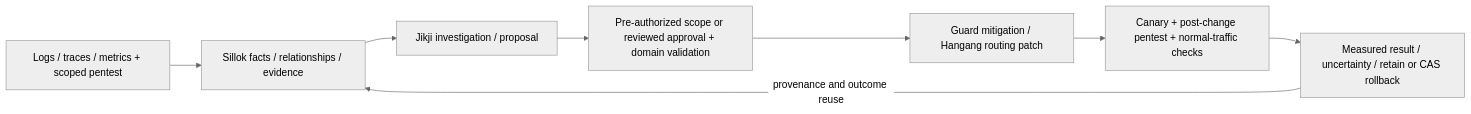
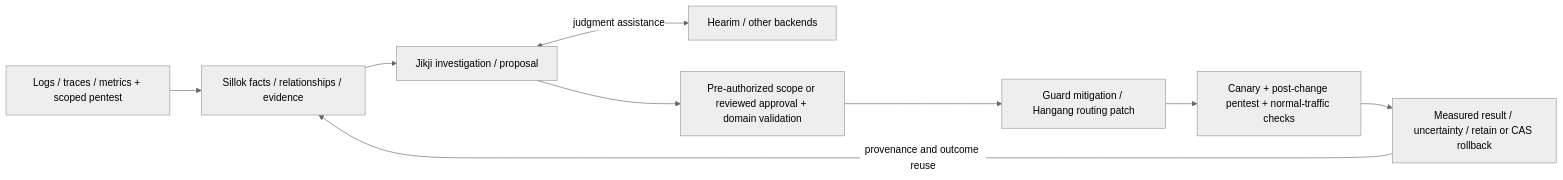
Before and after one commit to ziozzang/hangang-zerotrust: the second of 2 diagrams in README.md, drawn with Mermaid (neutral theme). The commit also changed other lines of this file and 9 other files, not shown here.

Commit message:
Add Hearim as a bounded judgment backend in zero trust diagrams

````diff
--- a/README.md
+++ b/README.md
@@ -62,10 +63,11 @@
 ```mermaid
 flowchart LR
   O[Logs / traces / metrics + scoped pentest] --> S[Sillok facts / relationships / evidence]
   S --> J[Jikji investigation / proposal]
+  J <-->|judgment assistance| HE[Hearim / other backends]
   J --> V[Pre-authorized scope or reviewed approval + domain validation]
   V --> A[Guard mitigation / Hangang routing patch]
   A --> T[Canary + post-change pentest + normal-traffic checks]
   T --> R[Measured result / uncertainty / retain or CAS rollback]
   R -->|provenance and outcome reuse| S
 ```
````
